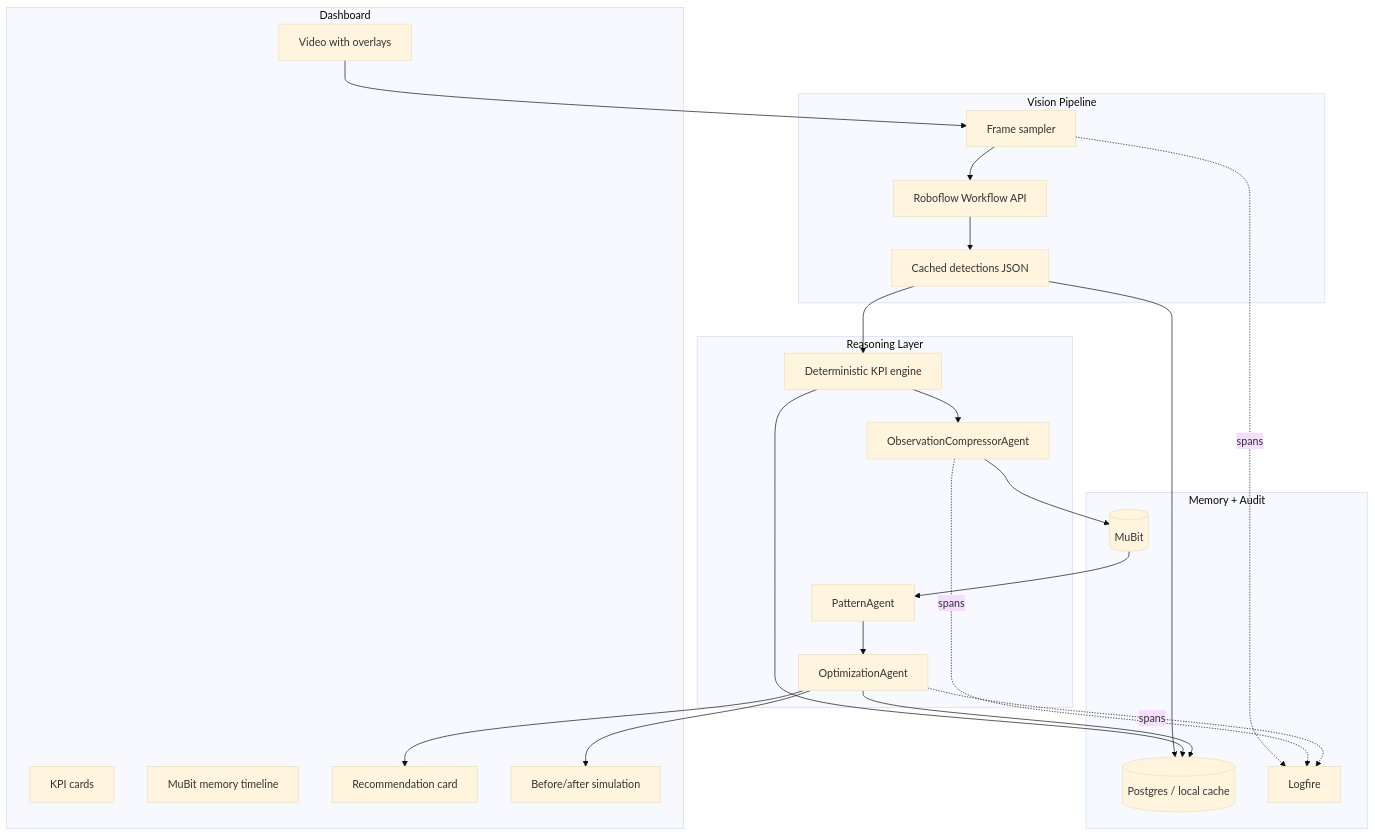
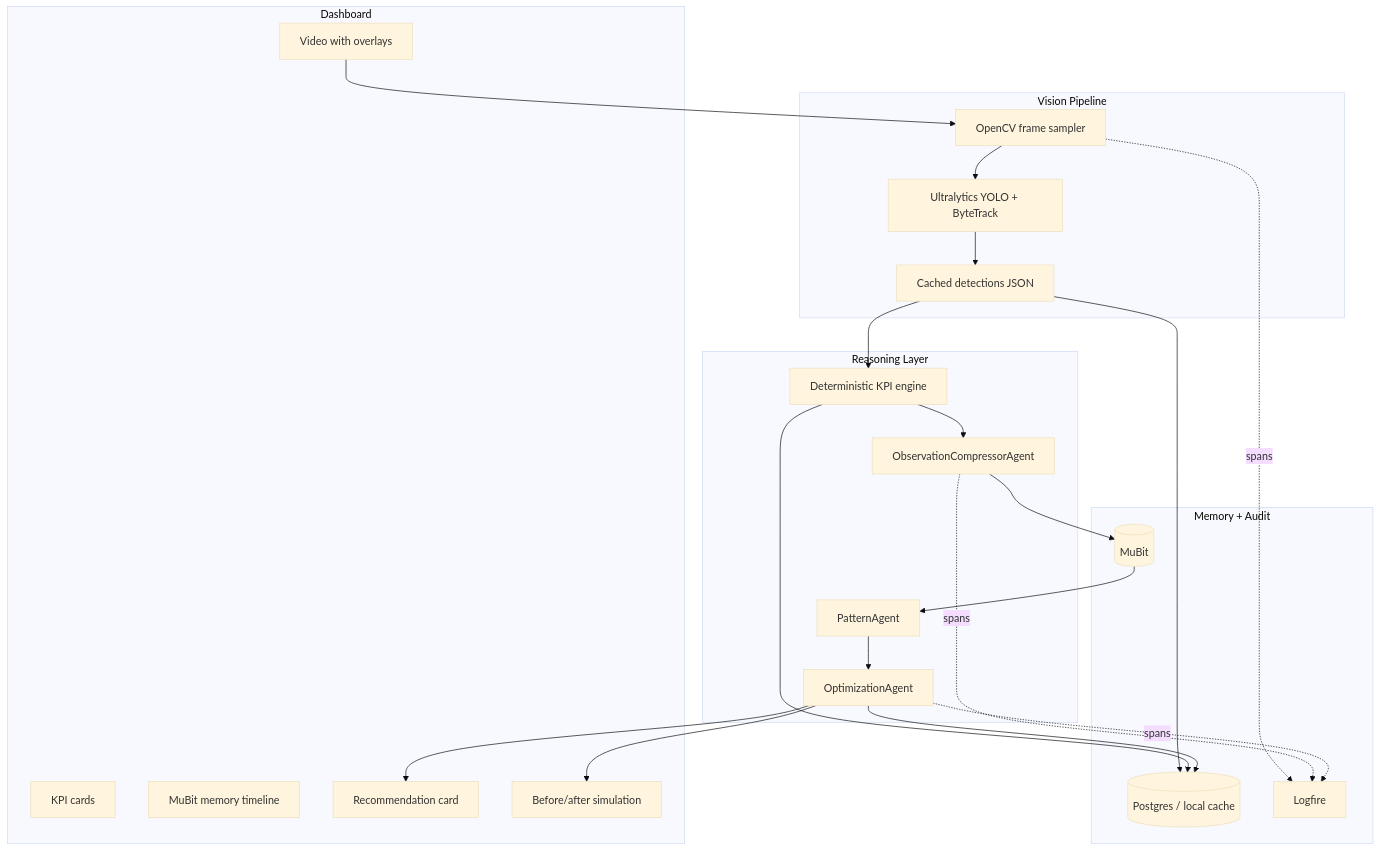
Before and after one commit to alexzh3/londonhack: the third of 4 diagrams in overview_plan.md, drawn with Mermaid (base theme). The commit also changed other lines of this file and 2 other files, not shown here.

Commit message:
updated plan to use yolo and opencv instead

````diff
--- a/overview_plan.md
+++ b/overview_plan.md
@@ -113,40 +114,40 @@
 ```mermaid
 flowchart TB
     subgraph UI[Dashboard]
         U1[Video with overlays]
         U2[KPI cards]
         U3[MuBit memory timeline]
         U4[Recommendation card]
         U5[Before/after simulation]
     end
 
     subgraph Vision[Vision Pipeline]
-        V1[Frame sampler]
-        V2[Roboflow Workflow API]
+        V1[OpenCV frame sampler]
+        V2[Ultralytics YOLO + ByteTrack]
         V3[Cached detections JSON]
     end
 
     subgraph Reasoning[Reasoning Layer]
         R1[Deterministic KPI engine]
         R2[ObservationCompressorAgent]
         R3[PatternAgent]
         R4[OptimizationAgent]
     end
 
     subgraph Memory[Memory + Audit]
         M1[(Postgres / local cache)]
         M2[(MuBit)]
         M3[Logfire]
     end
 
     U1 --> V1 --> V2 --> V3 --> R1
     R1 --> R2 --> M2
     M2 --> R3 --> R4 --> U4
     R4 --> U5
     V3 --> M1
     R1 --> M1
     R4 --> M1
     V1 -. spans .-> M3
     R2 -. spans .-> M3
     R4 -. spans .-> M3
 ```
````
